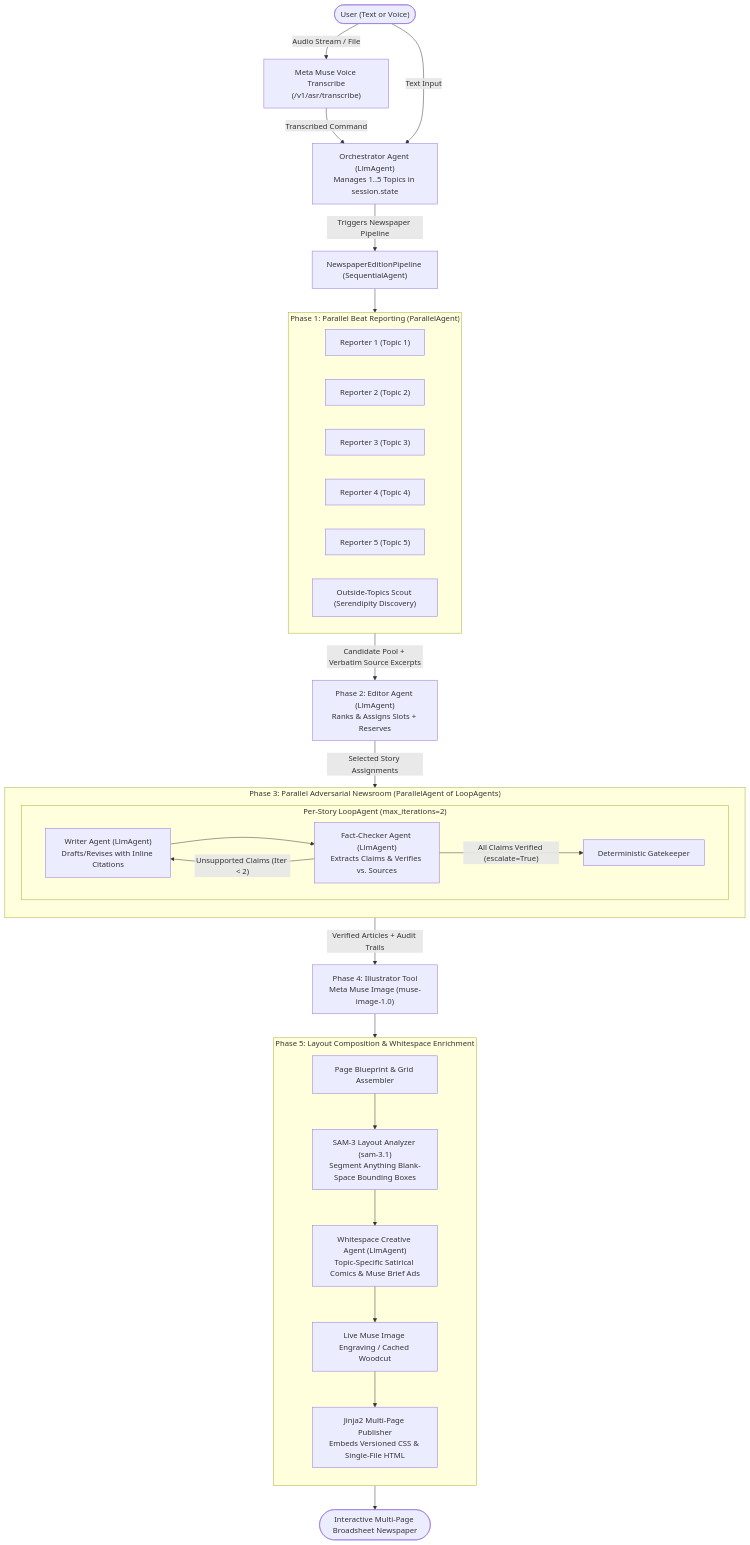
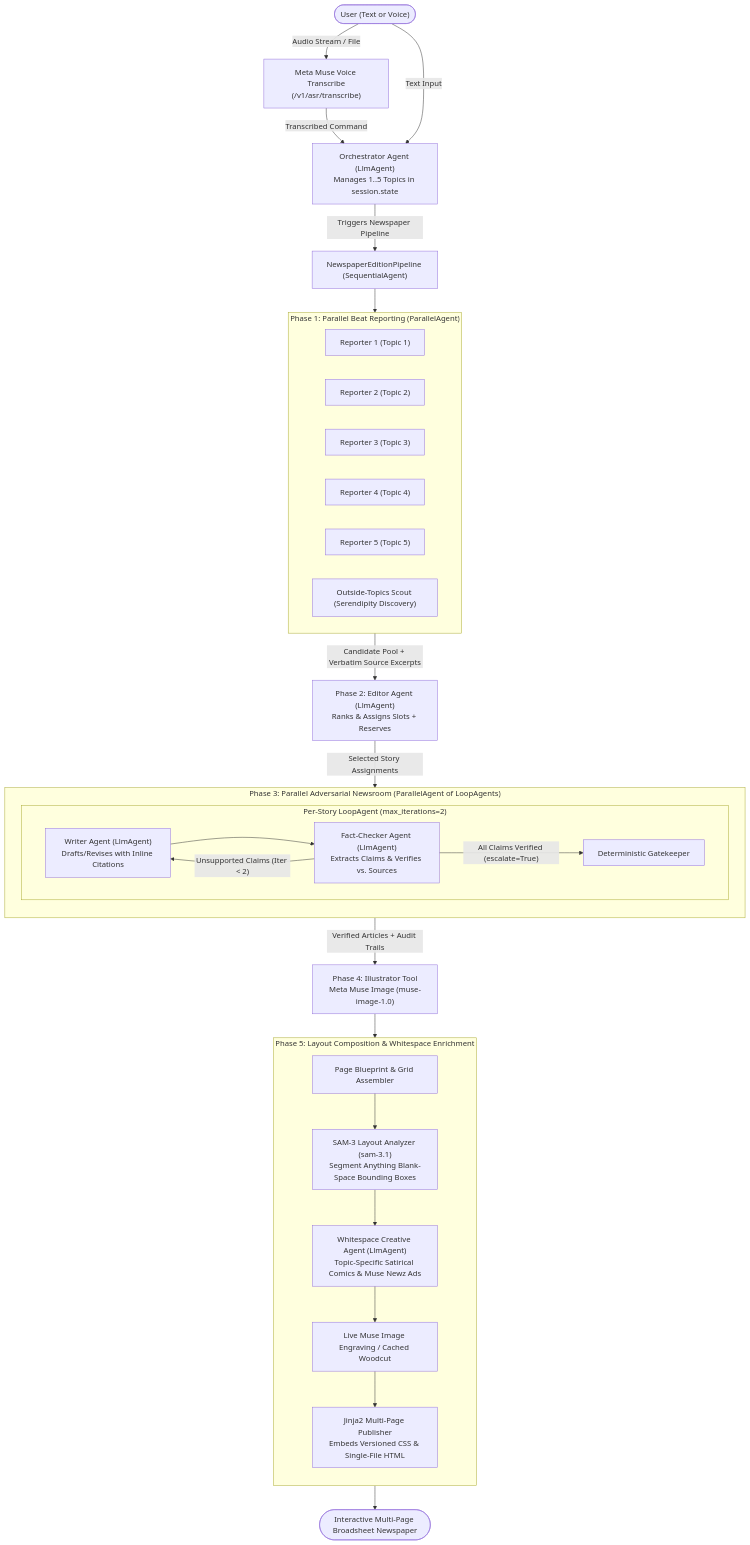
The diagram in .specify/specs/001-daily-muse/plan.md (Karthi1908/muse_newz), drawn with Mermaid before and after one commit. The commit also changed other lines of this file and 21 other files, not shown here.

Commit message:
Muse Newz name changes

````diff
--- a/.specify/specs/001-daily-muse/plan.md
+++ b/.specify/specs/001-daily-muse/plan.md
@@ -25,43 +25,43 @@
 ```mermaid
 flowchart TD
     User(["User (Text or Voice)"]) -->|Audio Stream / File| ASR["Meta Muse Voice Transcribe\n(/v1/asr/transcribe)"]
     ASR -->|Transcribed Command| Orch["Orchestrator Agent (LlmAgent)\nManages 1..5 Topics in session.state"]
     User -->|Text Input| Orch
 
     Orch -->|Triggers Newspaper Pipeline| NewsPipeline["NewspaperEditionPipeline (SequentialAgent)"]
 
     subgraph Phase1 ["Phase 1: Parallel Beat Reporting (ParallelAgent)"]
         R1["Reporter 1 (Topic 1)"]
         R2["Reporter 2 (Topic 2)"]
         R3["Reporter 3 (Topic 3)"]
         R4["Reporter 4 (Topic 4)"]
         R5["Reporter 5 (Topic 5)"]
         OutsideScout["Outside-Topics Scout (Serendipity Discovery)"]
     end
 
     NewsPipeline --> Phase1
     Phase1 -->|Candidate Pool + Verbatim Source Excerpts| Editor["Phase 2: Editor Agent (LlmAgent)\nRanks & Assigns Slots + Reserves"]
 
     subgraph Phase3 ["Phase 3: Parallel Adversarial Newsroom (ParallelAgent of LoopAgents)"]
         direction TB
         subgraph Loop ["Per-Story LoopAgent (max_iterations=2)"]
             Writer["Writer Agent (LlmAgent)\nDrafts/Revises with Inline Citations"] --> FactChecker["Fact-Checker Agent (LlmAgent)\nExtracts Claims & Verifies vs. Sources"]
             FactChecker -->|"Unsupported Claims (Iter < 2)"| Writer
             FactChecker -->|"All Claims Verified (escalate=True)"| Gate["Deterministic Gatekeeper"]
         end
     end
 
     Editor -->|Selected Story Assignments| Phase3
     Phase3 -->|Verified Articles + Audit Trails| Illus["Phase 4: Illustrator Tool\nMeta Muse Image (muse-image-1.0)"]
     
     subgraph Phase5 ["Phase 5: Layout Composition & Whitespace Enrichment"]
         direction TB
         PreLayout["Page Blueprint & Grid Assembler"] --> SAM3["SAM-3 Layout Analyzer (sam-3.1)\nSegment Anything Blank-Space Bounding Boxes"]
-        SAM3 --> WS_Agent["Whitespace Creative Agent (LlmAgent)\nTopic-Specific Satirical Comics & Muse Brief Ads"]
+        SAM3 --> WS_Agent["Whitespace Creative Agent (LlmAgent)\nTopic-Specific Satirical Comics & Muse Newz Ads"]
         WS_Agent --> WS_Illus["Live Muse Image Engraving / Cached Woodcut"]
         WS_Illus --> FinalPublisher["Jinja2 Multi-Page Publisher\nEmbeds Versioned CSS & Single-File HTML"]
     end
 
     Illus --> Phase5
     Phase5 --> Output(["Interactive Multi-Page Broadsheet Newspaper"])
 ```
````
